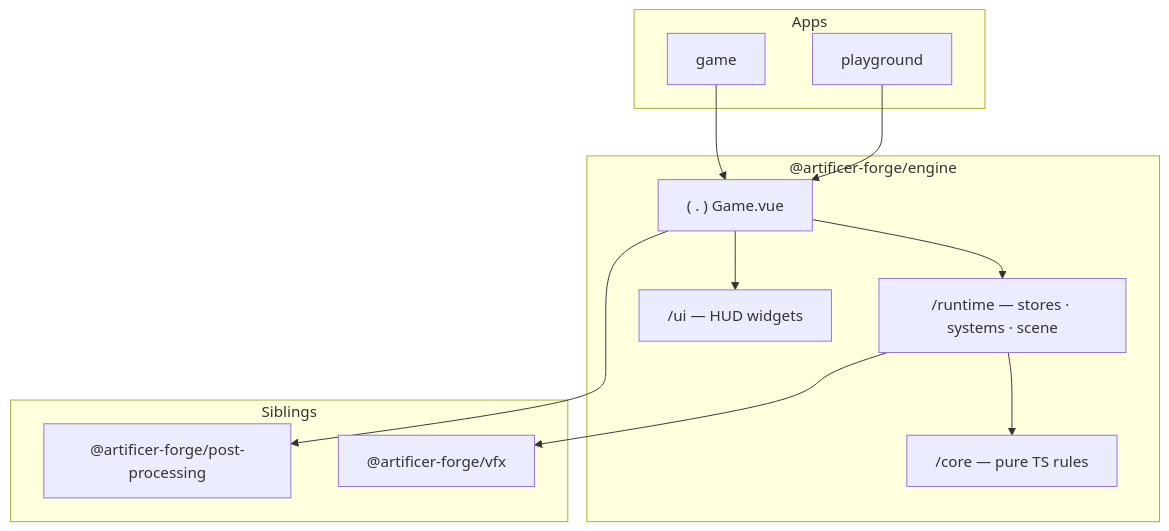
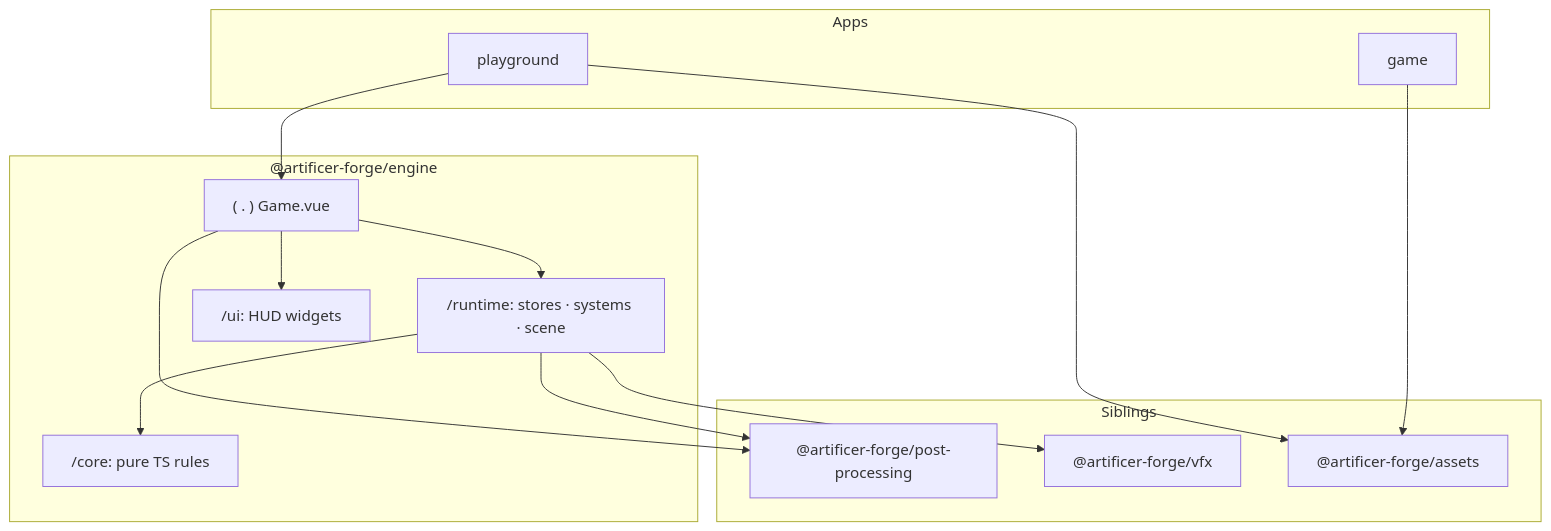
One commit to alvarosabu/artificer-forge changed the diagram in apps/grimoire/content/02.engine-architecture/1.overview.md. Above: the diagram before and after it, drawn with Mermaid. The commit also changed other lines of this file and 157 other files, not shown here.

````diff
--- a/apps/grimoire/content/02.engine-architecture/1.overview.md
+++ b/apps/grimoire/content/02.engine-architecture/1.overview.md
@@ -33,27 +37,30 @@
 ```mermaid
 graph TD
   subgraph Apps
     PG[playground]
     GAME[game]
   end
 
   subgraph "@artificer-forge/engine"
     ROOT["( . ) Game.vue"]
-    CORE["/core — pure TS rules"]
-    RUNTIME["/runtime — stores · systems · scene"]
-    UI["/ui — HUD widgets"]
+    CORE["/core: pure TS rules"]
+    RUNTIME["/runtime: stores · systems · scene"]
+    UI["/ui: HUD widgets"]
   end
 
   subgraph Siblings
     PP["@artificer-forge/post-processing"]
     VFX["@artificer-forge/vfx"]
+    ASSETS["@artificer-forge/assets"]
   end
 
   PG --> ROOT
-  GAME --> ROOT
+  PG --> ASSETS
+  GAME --> ASSETS
   ROOT --> RUNTIME
   ROOT --> UI
   RUNTIME --> CORE
   ROOT --> PP
+  RUNTIME --> PP
   RUNTIME --> VFX
 ```
````
